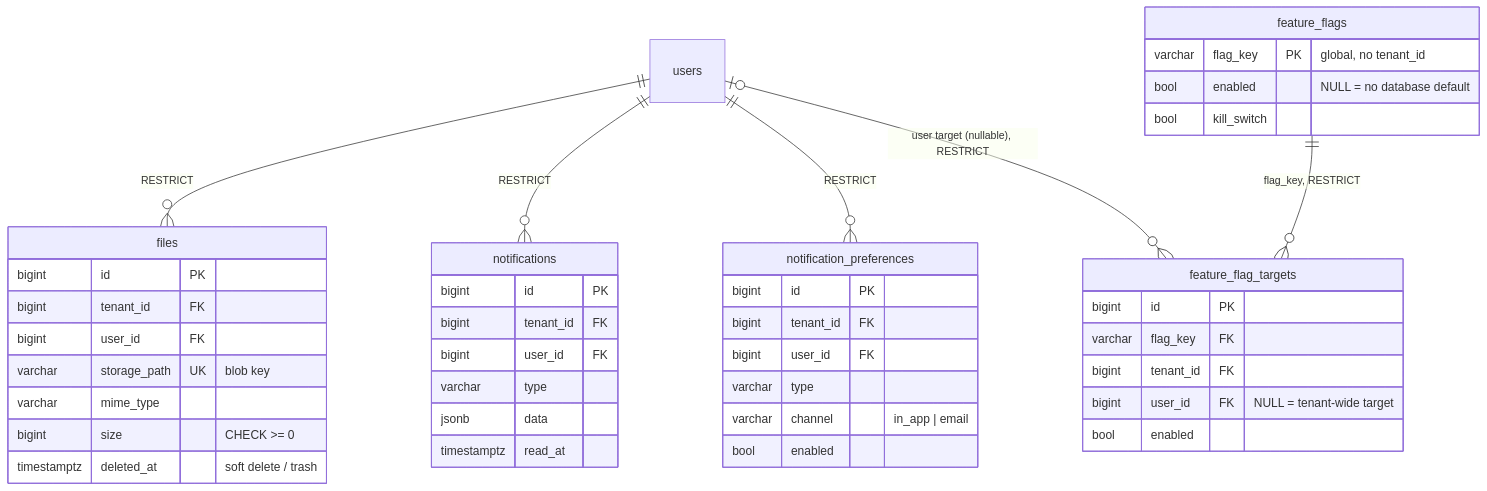
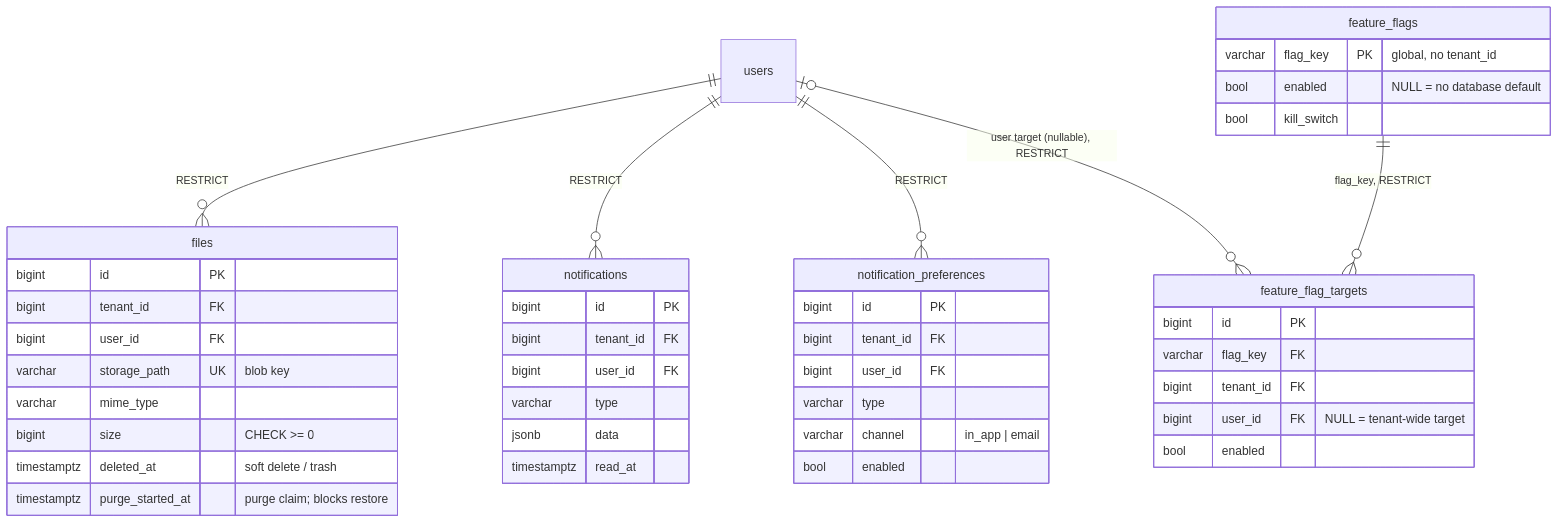
One commit to chuanghiduoc/fiber-golang-boilerplate changed the second of 4 diagrams in docs/data-model.md. Above: the diagram before and after it, drawn with Mermaid. The commit also changed 13 other files, not shown here.

First line of the commit message:
fix(files): commit a purge claim before deleting trashed blobs

````diff
--- a/docs/data-model.md
+++ b/docs/data-model.md
@@ -143,46 +143,47 @@
 ```mermaid
 erDiagram
     users ||--o{ files : "RESTRICT"
     users ||--o{ notifications : "RESTRICT"
     users ||--o{ notification_preferences : "RESTRICT"
     feature_flags ||--o{ feature_flag_targets : "flag_key, RESTRICT"
     users |o--o{ feature_flag_targets : "user target (nullable), RESTRICT"
 
     files {
         bigint id PK
         bigint tenant_id FK
         bigint user_id FK
         varchar storage_path UK "blob key"
         varchar mime_type
         bigint size "CHECK >= 0"
         timestamptz deleted_at "soft delete / trash"
+        timestamptz purge_started_at "purge claim; blocks restore"
     }
     notifications {
         bigint id PK
         bigint tenant_id FK
         bigint user_id FK
         varchar type
         jsonb data
         timestamptz read_at
     }
     notification_preferences {
         bigint id PK
         bigint tenant_id FK
         bigint user_id FK
         varchar type
         varchar channel "in_app | email"
         bool enabled
     }
     feature_flags {
         varchar flag_key PK "global, no tenant_id"
         bool enabled "NULL = no database default"
         bool kill_switch
     }
     feature_flag_targets {
         bigint id PK
         varchar flag_key FK
         bigint tenant_id FK
         bigint user_id FK "NULL = tenant-wide target"
         bool enabled
     }
 ```
````
